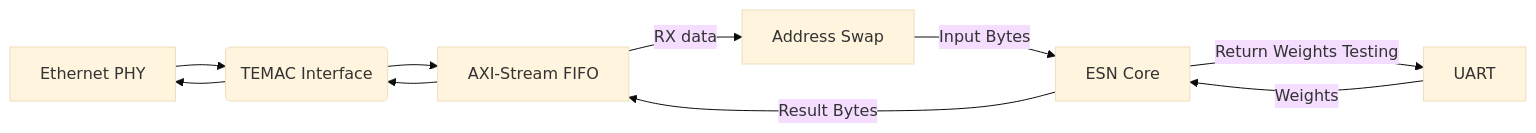
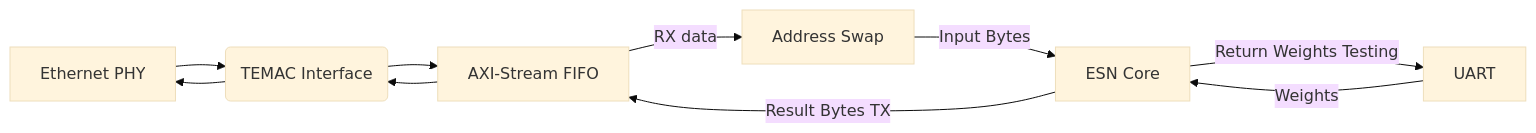
One commit to muhammadfarhan720/RNN-MIMO-Ethernet-accelerator changed the second of 2 diagrams in README.md. Above: the diagram before and after it, drawn with Mermaid (base theme).

````diff
--- a/README.md
+++ b/README.md
@@ -69,12 +69,12 @@
 ```mermaid
 graph LR
     A[Ethernet PHY] --> B(TEMAC Interface)
     B(TEMAC Interface) --> A[Ethernet PHY]
     B --> C[AXI-Stream FIFO]
     C --> |RX data| S[Address Swap]
     S --> |Input Bytes| D[ESN Core]
     E[UART] -->|Weights| D
     D -->|Return Weights Testing| E
-    D -->|Result Bytes| C
+    D -->|Result Bytes TX| C
     C --> B
 ```
````
